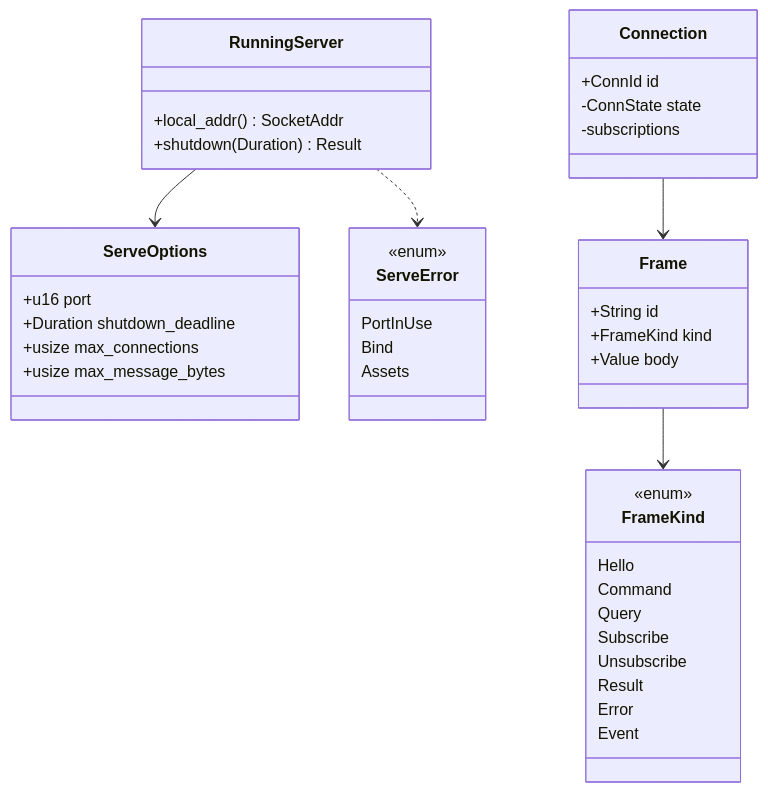
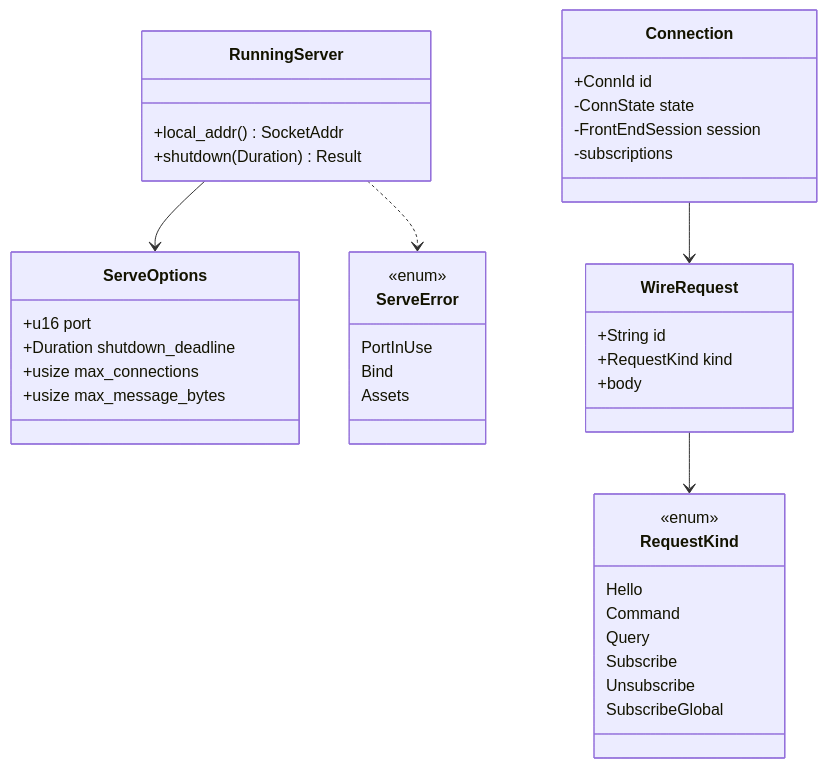
The third of 7 diagrams in docs/design/SDD-chess-server.md (bprascher/chess), drawn with Mermaid before and after one commit. The commit also changed other lines of this file and 17 other files, not shown here.

First line of the commit message:
Apply architecture addendum B and C to the SDDs and add the v0.4 consistency pass

````diff
--- a/docs/design/SDD-chess-server.md
+++ b/docs/design/SDD-chess-server.md
@@ -144,44 +144,43 @@
 ```mermaid
 classDiagram
     class ServeOptions {
         +u16 port
         +Duration shutdown_deadline
         +usize max_connections
         +usize max_message_bytes
     }
     class RunningServer {
         +local_addr() SocketAddr
         +shutdown(Duration) Result
     }
     class ServeError {
         <<enum>>
         PortInUse
         Bind
         Assets
     }
-    class Frame {
+    class WireRequest {
         +String id
-        +FrameKind kind
-        +Value body
+        +RequestKind kind
+        +body
     }
-    class FrameKind {
+    class RequestKind {
         <<enum>>
         Hello
         Command
         Query
         Subscribe
         Unsubscribe
-        Result
-        Error
-        Event
+        SubscribeGlobal
     }
     class Connection {
         +ConnId id
         -ConnState state
+        -FrontEndSession session
         -subscriptions
     }
     RunningServer --> ServeOptions
-    Connection --> Frame
-    Frame --> FrameKind
+    Connection --> WireRequest
+    WireRequest --> RequestKind
     RunningServer ..> ServeError
 ```
````
